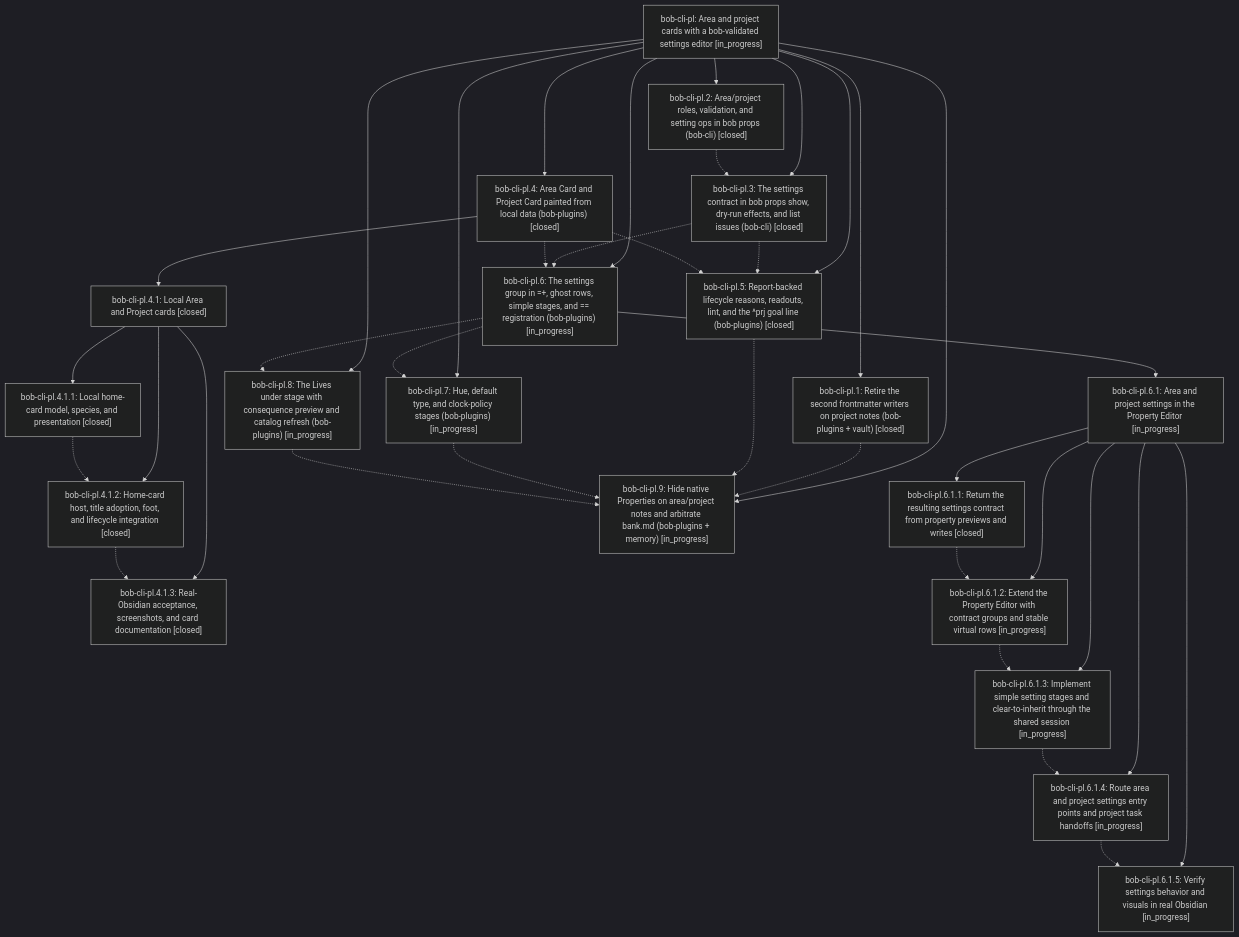
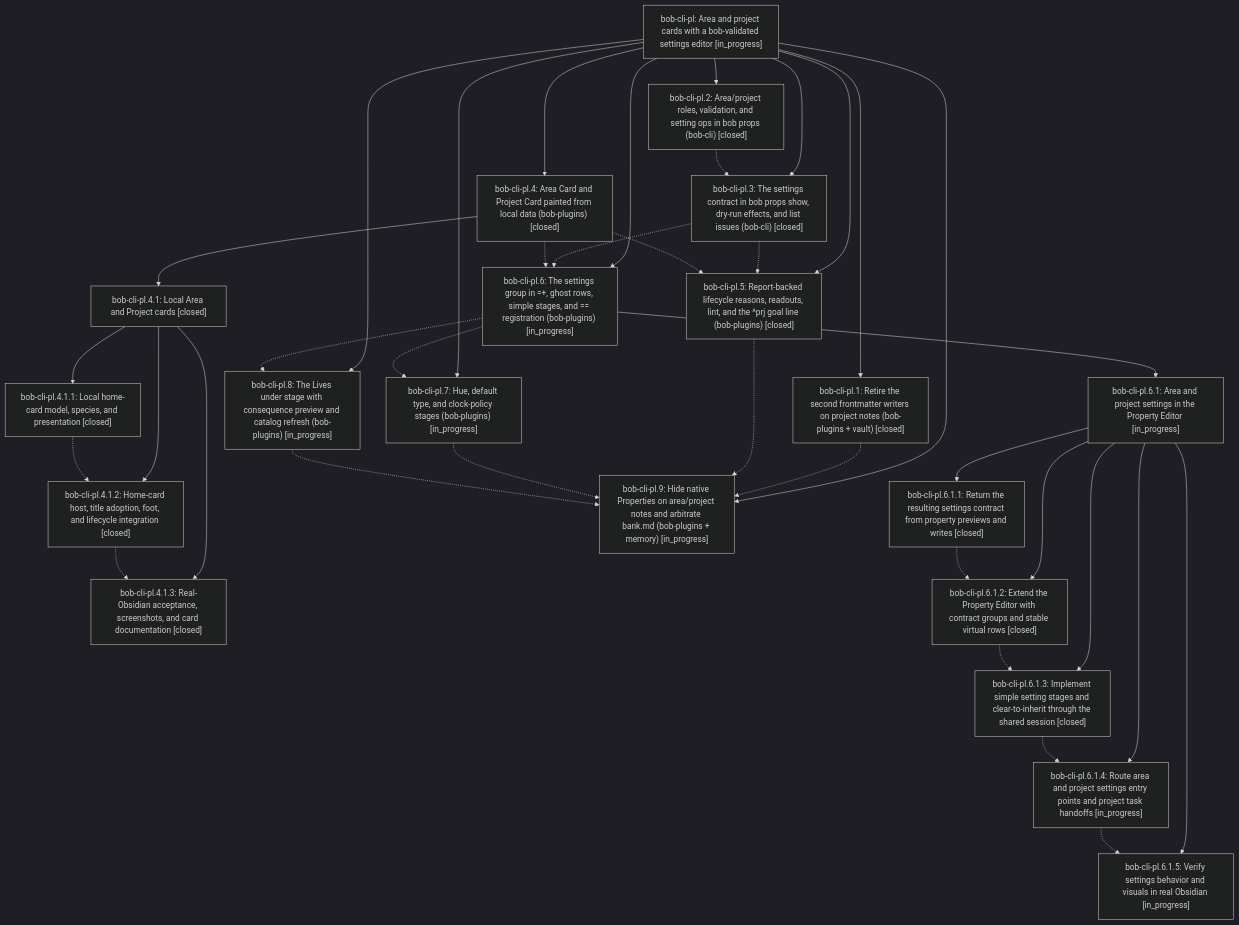
The diagram in pages/bob-cli-pl/README.md (bobs-org/bob-cli--beads), drawn with Mermaid (dark theme) before and after one commit. The commit also changed other lines of this file and 5 other files, not shown here.

First line of the commit message:
chore(beads): sync bead state and pages for bob-cli-pl

````diff
--- a/pages/bob-cli-pl/README.md
+++ b/pages/bob-cli-pl/README.md
@@ -50,59 +50,59 @@
 ```mermaid
 flowchart TD
     n0["bob-cli-pl: Area and project cards with a bob-validated settings editor [in_progress]"]
     n1["bob-cli-pl.1: Retire the second frontmatter writers on project notes (bob-plugins + vault) [closed]"]
     n2["bob-cli-pl.2: Area/project roles, validation, and setting ops in bob props (bob-cli) [closed]"]
     n3["bob-cli-pl.3: The settings contract in bob props show, dry-run effects, and list issues (bob-cli) [closed]"]
     n4["bob-cli-pl.4: Area Card and Project Card painted from local data (bob-plugins) [closed]"]
     n5["bob-cli-pl.4.1: Local Area and Project cards [closed]"]
     n6["bob-cli-pl.4.1.1: Local home-card model, species, and presentation [closed]"]
     n7["bob-cli-pl.4.1.2: Home-card host, title adoption, foot, and lifecycle integration [closed]"]
     n8["bob-cli-pl.4.1.3: Real-Obsidian acceptance, screenshots, and card documentation [closed]"]
     n9["bob-cli-pl.5: Report-backed lifecycle reasons, readouts, lint, and the ^prj goal line (bob-plugins) [closed]"]
     n10["bob-cli-pl.6: The settings group in =+, ghost rows, simple stages, and == registration (bob-plugins) [in_progress]"]
     n11["bob-cli-pl.6.1: Area and project settings in the Property Editor [in_progress]"]
     n12["bob-cli-pl.6.1.1: Return the resulting settings contract from property previews and writes [closed]"]
-    n13["bob-cli-pl.6.1.2: Extend the Property Editor with contract groups and stable virtual rows [in_progress]"]
-    n14["bob-cli-pl.6.1.3: Implement simple setting stages and clear-to-inherit through the shared session [in_progress]"]
+    n13["bob-cli-pl.6.1.2: Extend the Property Editor with contract groups and stable virtual rows [closed]"]
+    n14["bob-cli-pl.6.1.3: Implement simple setting stages and clear-to-inherit through the shared session [closed]"]
     n15["bob-cli-pl.6.1.4: Route area and project settings entry points and project task handoffs [in_progress]"]
     n16["bob-cli-pl.6.1.5: Verify settings behavior and visuals in real Obsidian [in_progress]"]
     n17["bob-cli-pl.7: Hue, default type, and clock-policy stages (bob-plugins) [in_progress]"]
     n18["bob-cli-pl.8: The Lives under stage with consequence preview and catalog refresh (bob-plugins) [in_progress]"]
     n19["bob-cli-pl.9: Hide native Properties on area/project notes and arbitrate bank.md (bob-plugins + memory) [in_progress]"]
     n0 --> n1
     n0 --> n2
     n0 --> n3
     n0 --> n4
     n4 --> n5
     n5 --> n6
     n5 --> n7
     n5 --> n8
     n0 --> n9
     n0 --> n10
     n10 --> n11
     n11 --> n12
     n11 --> n13
     n11 --> n14
     n11 --> n15
     n11 --> n16
     n0 --> n17
     n0 --> n18
     n0 --> n19
     n1 -.-> n19
     n2 -.-> n3
     n3 -.-> n9
     n3 -.-> n10
     n4 -.-> n9
     n4 -.-> n10
     n6 -.-> n7
     n7 -.-> n8
     n9 -.-> n19
     n10 -.-> n17
     n10 -.-> n18
     n12 -.-> n13
     n13 -.-> n14
     n14 -.-> n15
     n15 -.-> n16
     n17 -.-> n19
     n18 -.-> n19
 ```
````
